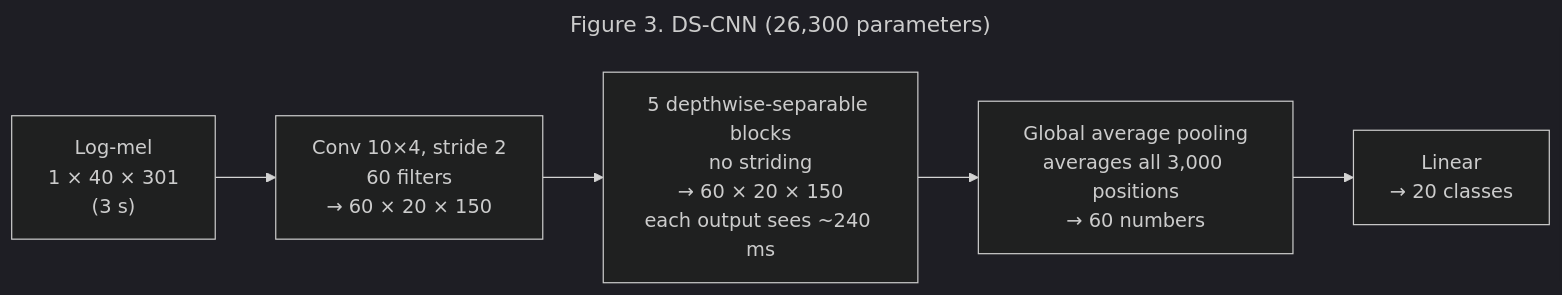
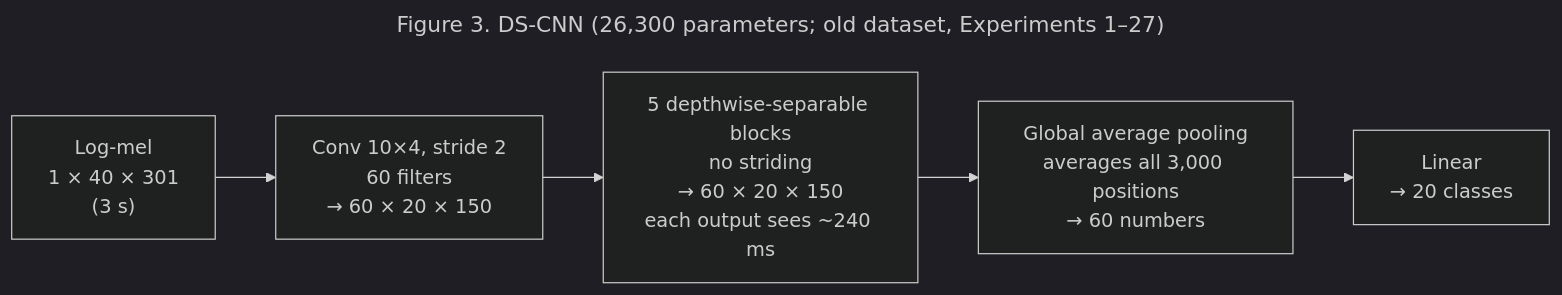
The third of 7 diagrams in docs/MODEL.md (quielq/quielq-vcm), drawn with Mermaid (dark theme) before and after one commit. The commit also changed other lines of this file and 3 other files, not shown here.

````diff
--- a/docs/MODEL.md
+++ b/docs/MODEL.md
@@ -210,10 +230,10 @@
 ```mermaid
 ---
-title: Figure 3. DS-CNN (26,300 parameters)
+title: Figure 3. DS-CNN (26,300 parameters; old dataset, Experiments 1–27)
 ---
 flowchart LR
     IN["Log-mel<br/>1 × 40 × 301<br/>(3 s)"] --> C1["Conv 10×4, stride 2<br/>60 filters<br/>→ 60 × 20 × 150"]
     C1 --> D["5 depthwise-separable blocks<br/>no striding<br/>→ 60 × 20 × 150<br/>each output sees ~240 ms"]
     D --> G["Global average pooling<br/>averages all 3,000 positions<br/>→ 60 numbers"]
     G --> L["Linear<br/>→ 20 classes"]
 ```
````
